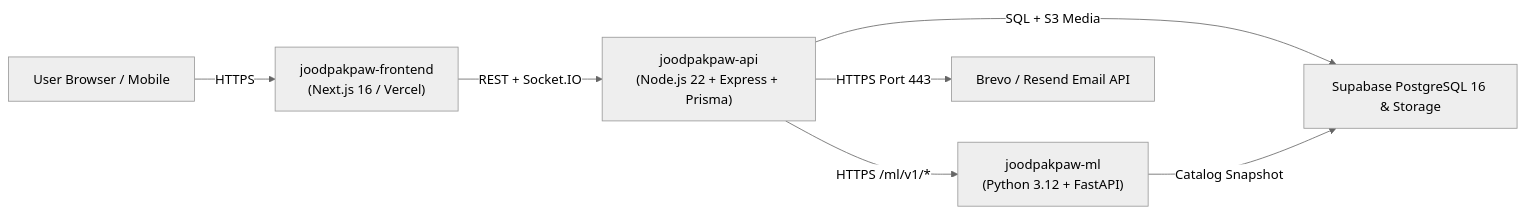
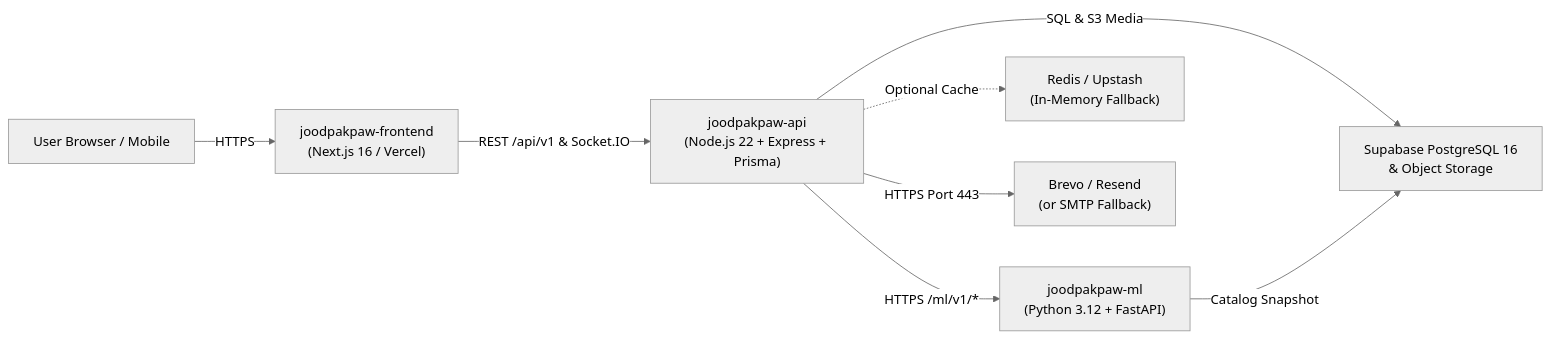
One commit to Chocolaz/JOODPAKPAW-V2 changed the diagram in README.md. Above: the diagram before and after it, drawn with Mermaid (neutral theme). The commit also changed other lines of this file, not shown here.

````diff
--- a/README.md
+++ b/README.md
@@ -22,9 +22,10 @@
 ```mermaid
 flowchart LR
     User["User Browser / Mobile"] -->|HTTPS| FE["joodpakpaw-frontend\n(Next.js 16 / Vercel)"]
-    FE -->|REST + Socket.IO| API["joodpakpaw-api\n(Node.js 22 + Express + Prisma)"]
+    FE -->|REST /api/v1 & Socket.IO| API["joodpakpaw-api\n(Node.js 22 + Express + Prisma)"]
     API -->|HTTPS /ml/v1/*| ML["joodpakpaw-ml\n(Python 3.12 + FastAPI)"]
-    API -->|SQL + S3 Media| DB["Supabase PostgreSQL 16 & Storage"]
+    API -->|SQL & S3 Media| DB["Supabase PostgreSQL 16\n& Object Storage"]
     ML -->|Catalog Snapshot| DB
-    API -->|HTTPS Port 443| Email["Brevo / Resend Email API"]
+    API -.->|Optional Cache| Redis["Redis / Upstash\n(In-Memory Fallback)"]
+    API -->|HTTPS Port 443| Email["Brevo / Resend\n(or SMTP Fallback)"]
 ```
````
